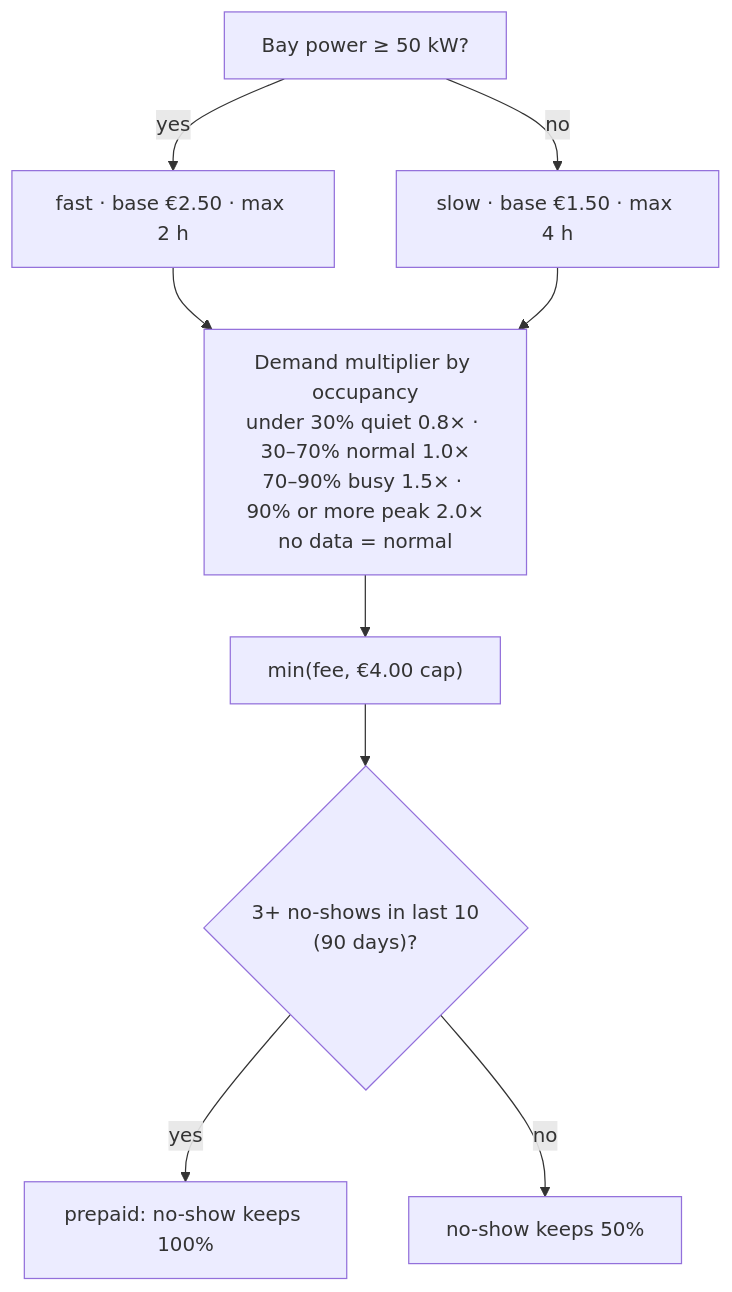
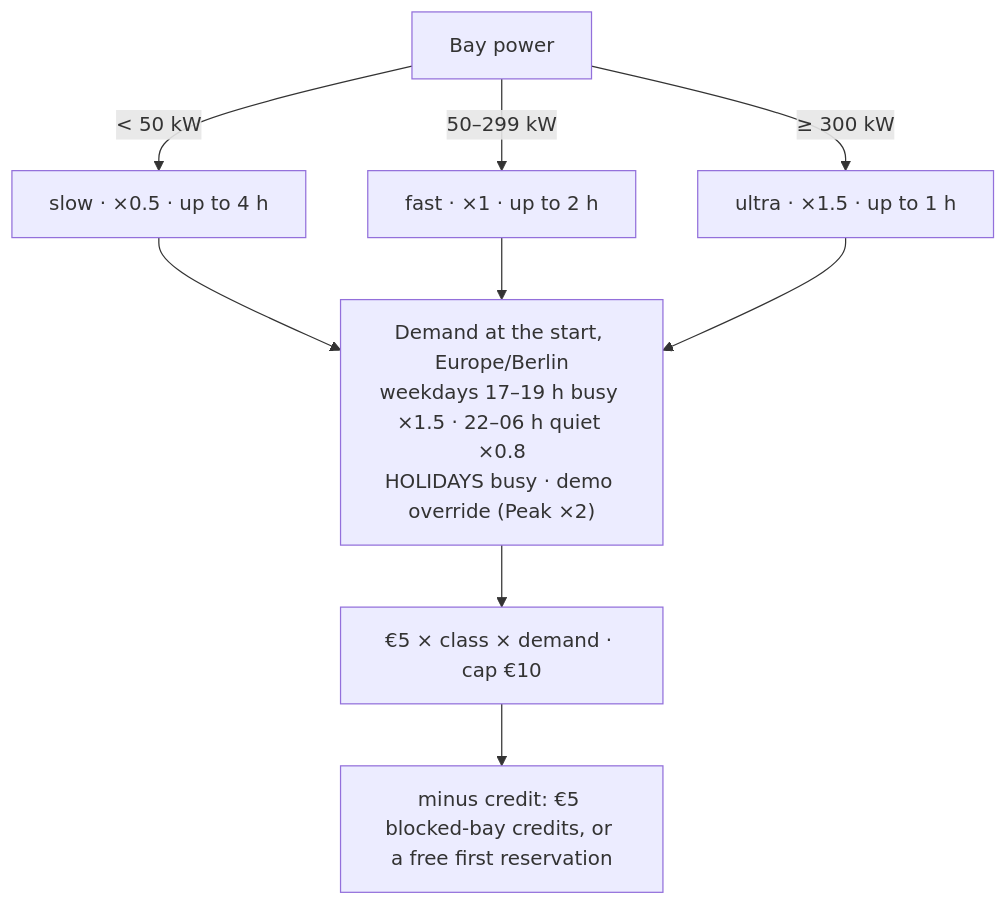
Before and after one commit to mohamedaminehamdi/BayWatch: the fifth of 6 diagrams in docs/data-flows.md, drawn with Mermaid. The commit also changed other lines of this file and 62 other files, not shown here.

````diff
--- a/docs/data-flows.md
+++ b/docs/data-flows.md
@@ -146,11 +102,11 @@
 ```mermaid
 flowchart TD
-  A["Bay power ≥ 50 kW?"] -->|yes| F["fast · base €2.50 · max 2 h"]
-  A -->|no| S["slow · base €1.50 · max 4 h"]
-  F --> M
-  S --> M
-  M["Demand multiplier by occupancy<br/>under 30% quiet 0.8× · 30–70% normal 1.0×<br/>70–90% busy 1.5× · 90% or more peak 2.0×<br/>no data = normal"] --> CAP["min(fee, €4.00 cap)"]
-  CAP --> R{"3+ no-shows in last 10<br/>(90 days)?"}
-  R -->|yes| P["prepaid: no-show keeps 100%"]
-  R -->|no| N["no-show keeps 50%"]
+  P["Bay power"] -->|"< 50 kW"| S["slow · ×0.5 · up to 4 h"]
+  P -->|"50–299 kW"| F["fast · ×1 · up to 2 h"]
+  P -->|"≥ 300 kW"| U["ultra · ×1.5 · up to 1 h"]
+  S --> D
+  F --> D
+  U --> D
+  D["Demand at the start, Europe/Berlin<br/>weekdays 17–19 h busy ×1.5 · 22–06 h quiet ×0.8<br/>HOLIDAYS busy · demo override (Peak ×2)"] --> C["€5 × class × demand · cap €10"]
+  C --> W["minus credit: €5 blocked-bay credits, or a free first reservation"]
 ```
````
